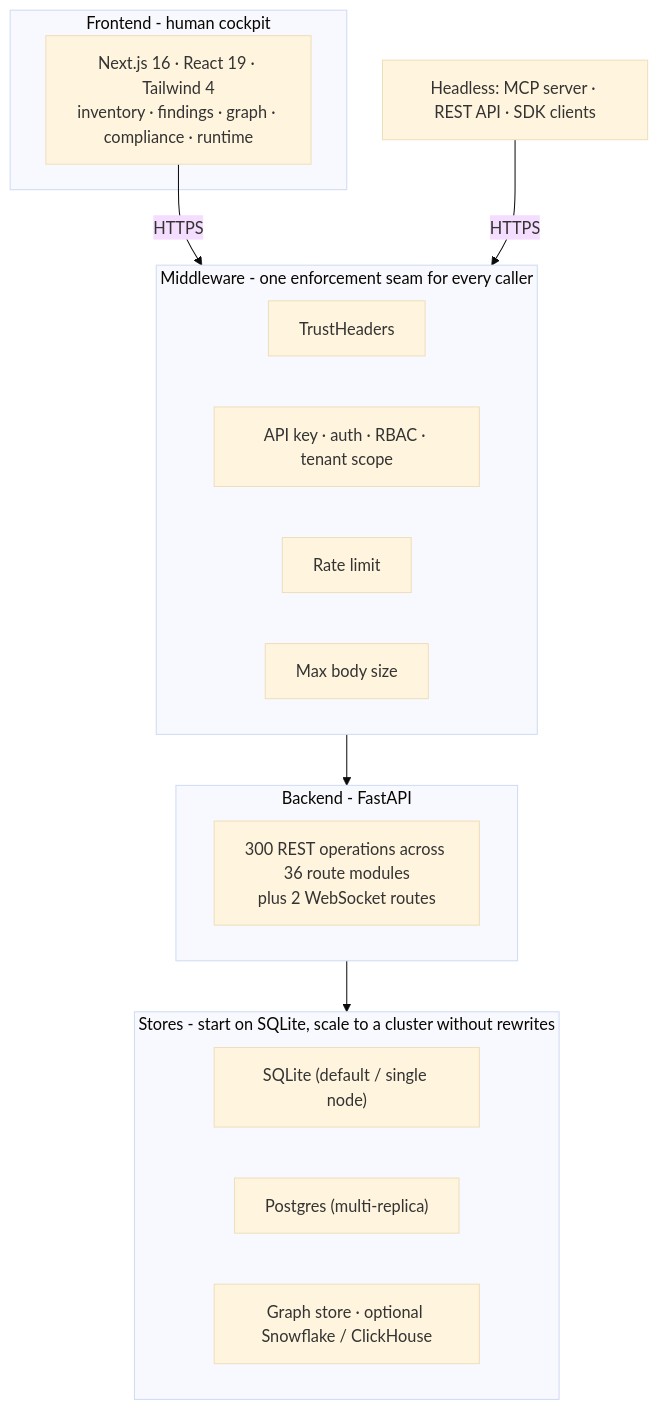
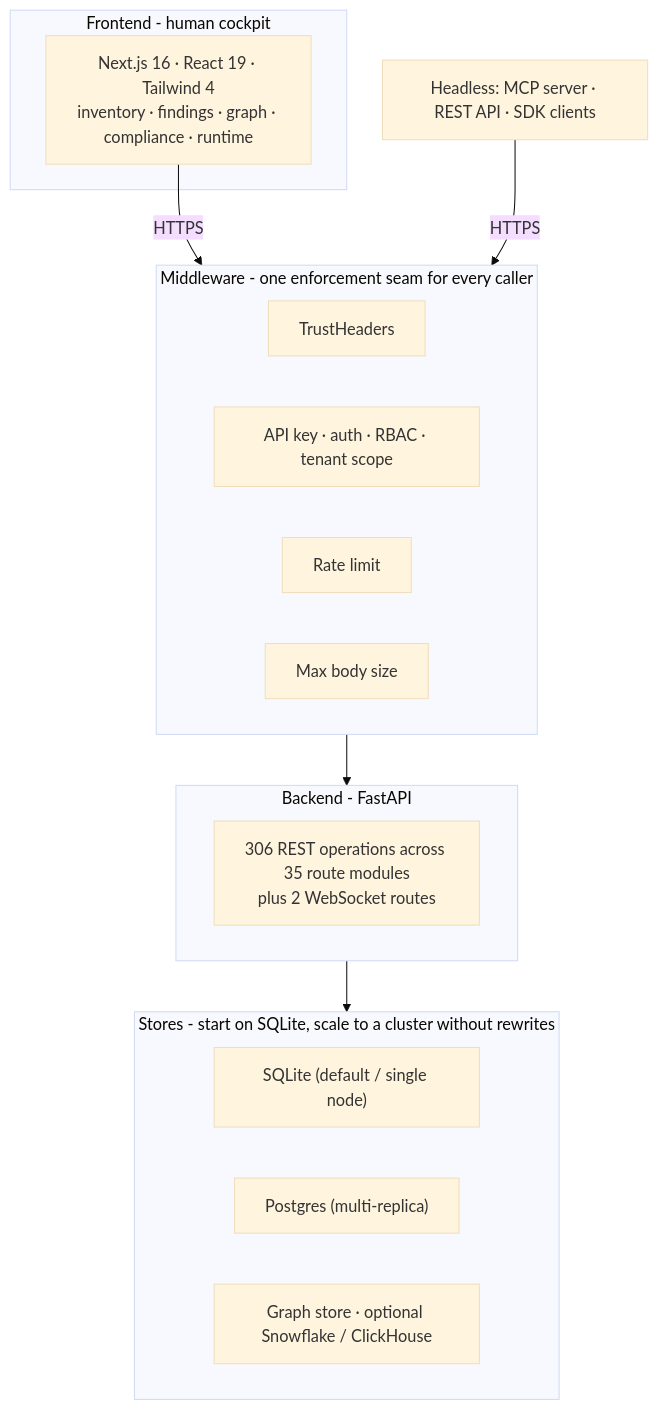
One commit to msaad00/agent-bom changed the fourth of 9 diagrams in docs/ARCHITECTURE.md. Above: the diagram before and after it, drawn with Mermaid (base theme). The commit also changed 31 other files, not shown here.

````diff
--- a/docs/ARCHITECTURE.md
+++ b/docs/ARCHITECTURE.md
@@ -146,26 +146,26 @@
 ```mermaid
 flowchart TB
     subgraph FE["Frontend - human cockpit"]
         UI["Next.js 16 · React 19 · Tailwind 4\ninventory · findings · graph · compliance · runtime"]
     end
     subgraph MW["Middleware - one enforcement seam for every caller"]
         M1["TrustHeaders"]
         M2["API key · auth · RBAC · tenant scope"]
         M3["Rate limit"]
         M4["Max body size"]
     end
     subgraph BE["Backend - FastAPI"]
-        R["300 REST operations across 36 route modules\nplus 2 WebSocket routes"]
+        R["306 REST operations across 35 route modules\nplus 2 WebSocket routes"]
     end
     subgraph ST["Stores - start on SQLite, scale to a cluster without rewrites"]
         S1["SQLite (default / single node)"]
         S2["Postgres (multi-replica)"]
         S3["Graph store · optional Snowflake / ClickHouse"]
     end
 
     EXTAGENT["Headless: MCP server · REST API · SDK clients"]
 
     UI -->|HTTPS| MW
     EXTAGENT -->|HTTPS| MW
     MW --> BE --> ST
 ```
````
